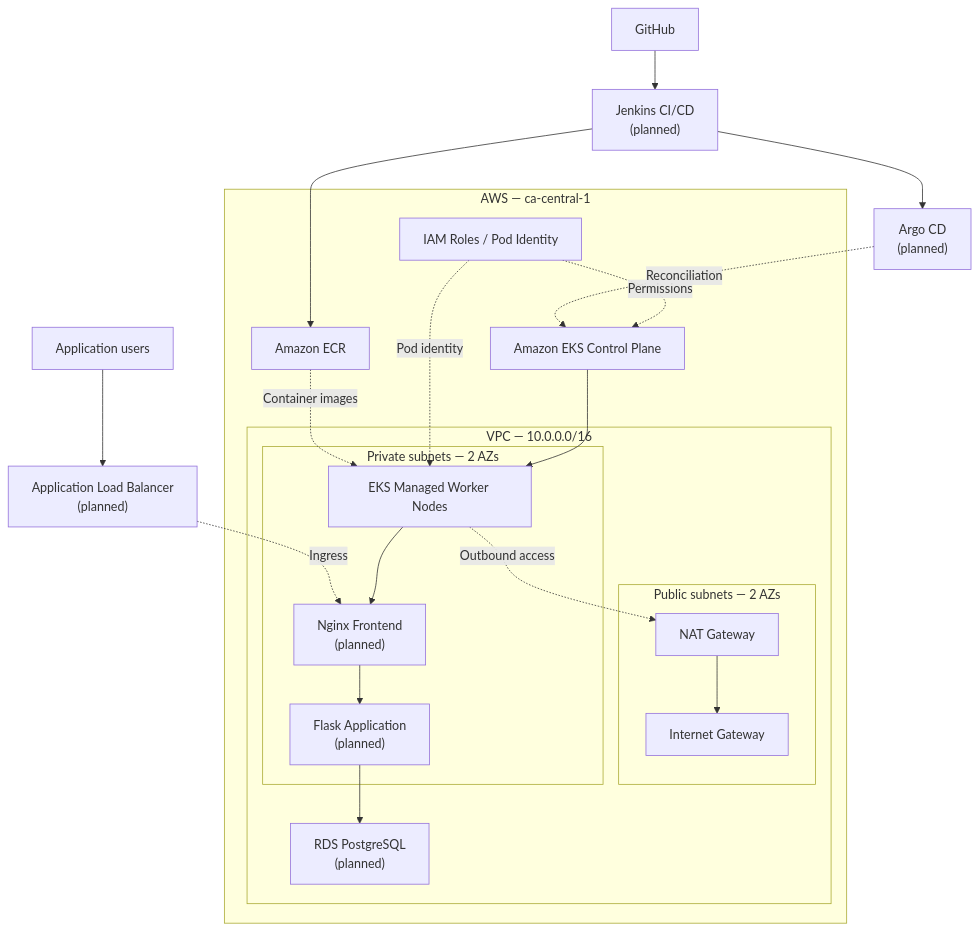
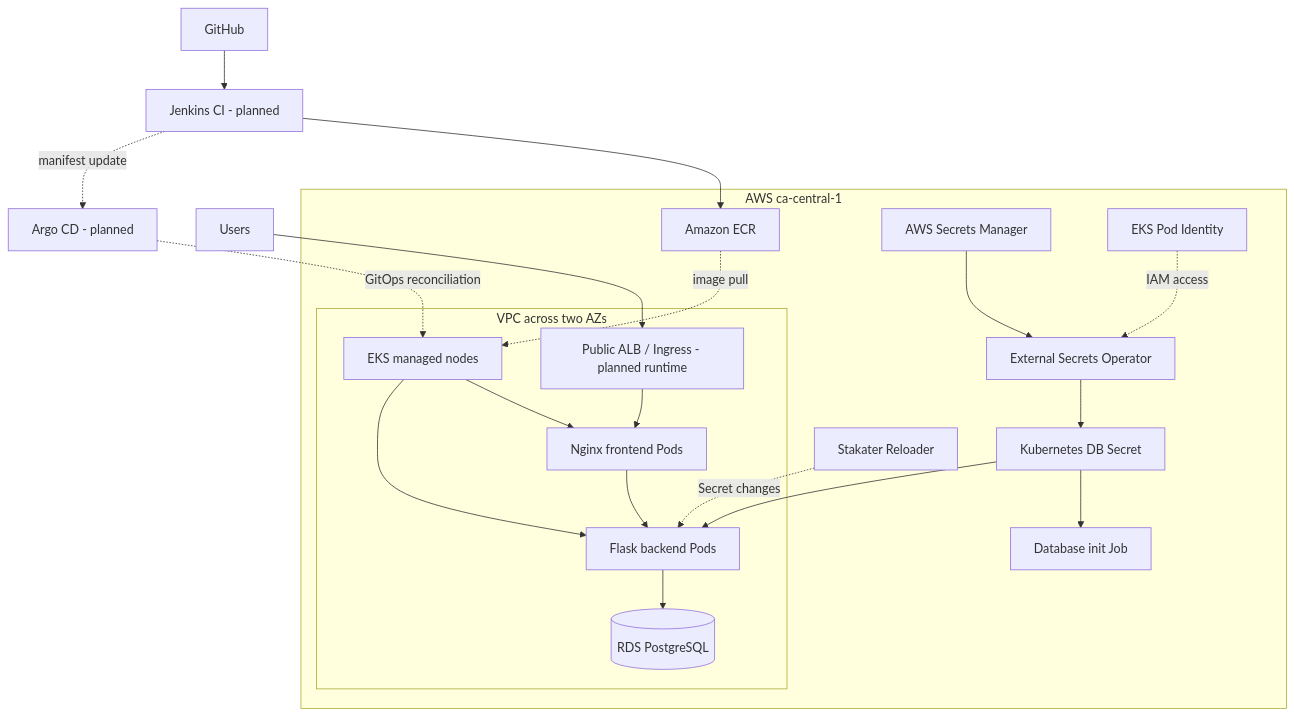
The diagram in README.md (kamaldeepsingh039/aws-eks-platform-engineering), drawn with Mermaid before and after one commit. The commit also changed other lines of this file, not shown here.

Commit message:
docs: update EKS platform architecture and project progress (#6)

````diff
--- a/README.md
+++ b/README.md
@@ -37,42 +29,24 @@
 ```mermaid
 flowchart TB
-    Users["Application users"]
-    ALB["Application Load Balancer<br/>(planned)"]
-    Users --> ALB
-
-    subgraph AWS["AWS — ca-central-1"]
-        subgraph VPC["VPC — 10.0.0.0/16"]
-            subgraph Public["Public subnets — 2 AZs"]
-                NAT["NAT Gateway"]
-                IGW["Internet Gateway"]
-            end
-
-            subgraph Private["Private subnets — 2 AZs"]
-                Nodes["EKS Managed Worker Nodes"]
-                Nginx["Nginx Frontend<br/>(planned)"]
-                Flask["Flask Application<br/>(planned)"]
-                Nodes --> Nginx
-                Nginx --> Flask
-            end
-
-            RDS["RDS PostgreSQL<br/>(planned)"]
-            Flask --> RDS
-            Nodes -. "Outbound access" .-> NAT
-            NAT --> IGW
-        end
-
-        EKS["Amazon EKS Control Plane"]
-        IAM["IAM Roles / Pod Identity"]
-        ECR["Amazon ECR"]
-        EKS --> Nodes
-        IAM -. "Permissions" .-> EKS
-        IAM -. "Pod identity" .-> Nodes
-        ECR -. "Container images" .-> Nodes
+    Users[Users] --> ALB[Public ALB / Ingress - planned runtime]
+    subgraph AWS["AWS ca-central-1"]
+      subgraph VPC[VPC across two AZs]
+        ALB --> Nginx[Nginx frontend Pods]
+        Nginx --> Flask[Flask backend Pods]
+        Flask --> RDS[(RDS PostgreSQL)]
+        Nodes[EKS managed nodes] --> Nginx
+        Nodes --> Flask
+      end
+      ECR[Amazon ECR] -. image pull .-> Nodes
+      Secrets[AWS Secrets Manager] --> ESO[External Secrets Operator]
+      PodID[EKS Pod Identity] -. IAM access .-> ESO
+      ESO --> KSecret[Kubernetes DB Secret]
+      KSecret --> Flask
+      KSecret --> Init[Database init Job]
+      Reloader[Stakater Reloader] -. Secret changes .-> Flask
     end
-
-    ALB -. "Ingress" .-> Nginx
-    GitHub["GitHub"] --> CI["Jenkins CI/CD<br/>(planned)"]
-    CI --> ECR
-    CI --> GitOps["Argo CD<br/>(planned)"]
-    GitOps -. "Reconciliation" .-> EKS
+    GitHub[GitHub] --> Jenkins[Jenkins CI - planned]
+    Jenkins --> ECR
+    Jenkins -. manifest update .-> Argo[Argo CD - planned]
+    Argo -. GitOps reconciliation .-> Nodes
 ```
````
